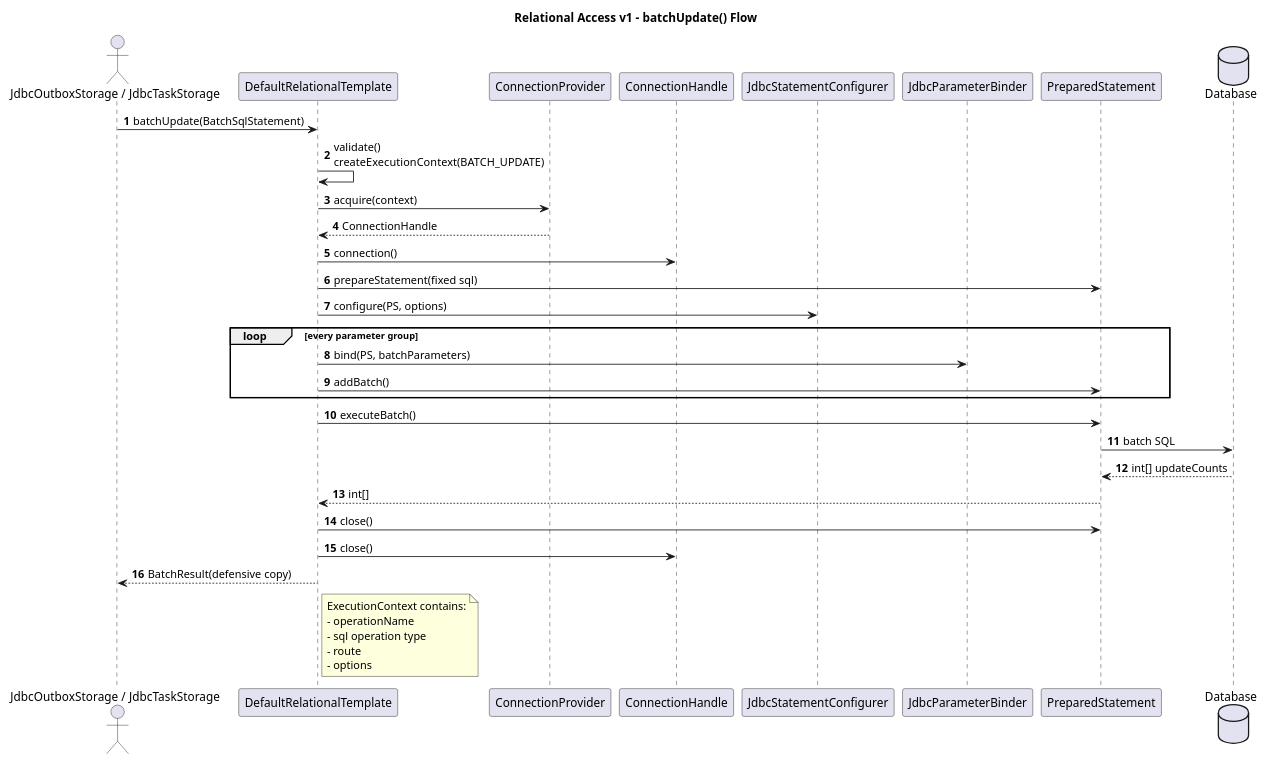
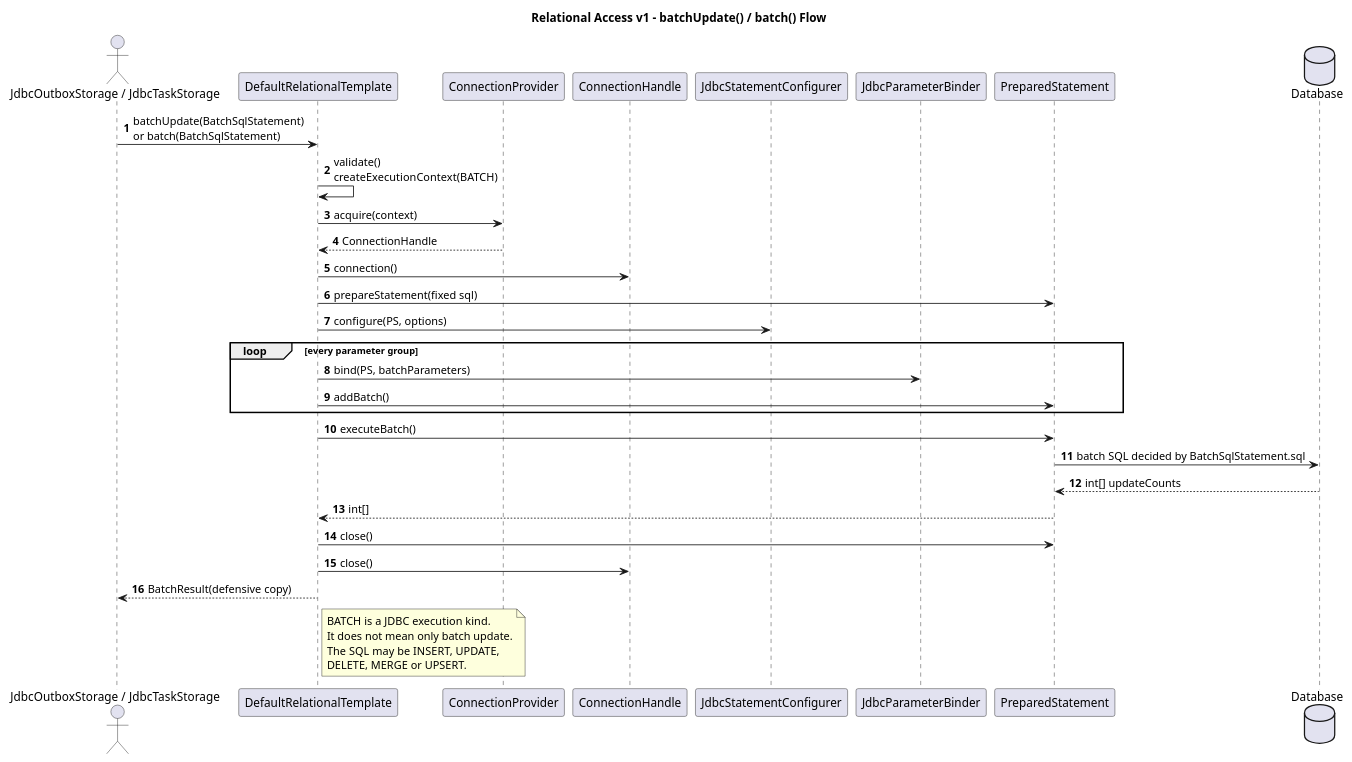
Before and after one commit to pbxjtumse/iron-components-java: the diagram in component/relational-access-component/docs/sequence/04-batch-update-flow.puml, drawn with PlantUML. The commit also changed 17 other files, not shown here.

Commit message:
refactor(relational-access): clarify sql execution model

```diff
--- a/component/relational-access-component/docs/sequence/04-batch-update-flow.puml
+++ b/component/relational-access-component/docs/sequence/04-batch-update-flow.puml
@@ -1,45 +1,44 @@
 @startuml
-title Relational Access v1 - batchUpdate() Flow
+title Relational Access v1 - batchUpdate() / batch() Flow
 
 autonumber
 skinparam shadowing false
 
 actor "JdbcOutboxStorage / JdbcTaskStorage" as Storage
 participant "DefaultRelationalTemplate" as RT
 participant "ConnectionProvider" as CP
 participant "ConnectionHandle" as Handle
 participant "JdbcStatementConfigurer" as Configurer
 participant "JdbcParameterBinder" as Binder
 participant "PreparedStatement" as PS
 database Database as DB
 
-Storage -> RT : batchUpdate(BatchSqlStatement)
-RT -> RT : validate()\ncreateExecutionContext(BATCH_UPDATE)
+Storage -> RT : batchUpdate(BatchSqlStatement)\nor batch(BatchSqlStatement)
+RT -> RT : validate()\ncreateExecutionContext(BATCH)
 RT -> CP : acquire(context)
 CP --> RT : ConnectionHandle
 RT -> Handle : connection()
 RT -> PS : prepareStatement(fixed sql)
 RT -> Configurer : configure(PS, options)
 
 loop every parameter group
   RT -> Binder : bind(PS, batchParameters)
   RT -> PS : addBatch()
 end
 
 RT -> PS : executeBatch()
-PS -> DB : batch SQL
+PS -> DB : batch SQL decided by BatchSqlStatement.sql
 DB --> PS : int[] updateCounts
 PS --> RT : int[]
 RT -> PS : close()
 RT -> Handle : close()
 RT --> Storage : BatchResult(defensive copy)
 
 note right of RT
-ExecutionContext contains:
-- operationName
-- sql operation type
-- route
-- options
+BATCH is a JDBC execution kind.
+It does not mean only batch update.
+The SQL may be INSERT, UPDATE,
+DELETE, MERGE or UPSERT.
 end note
 
 @enduml
```
